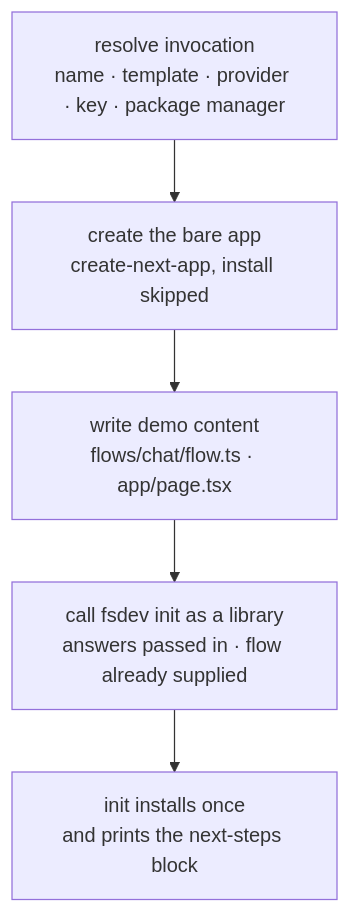
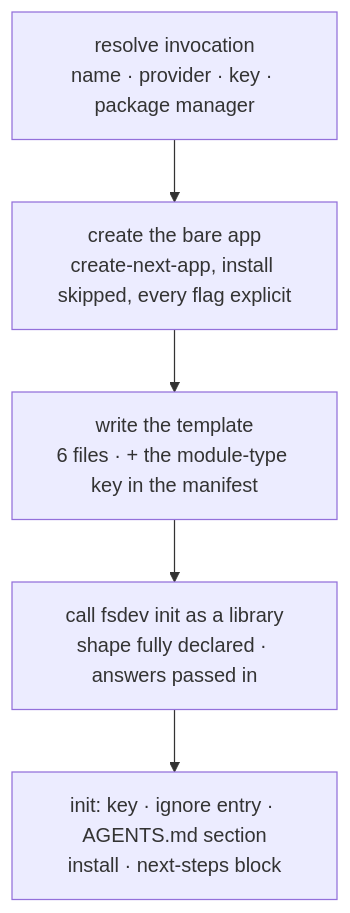
One commit to fixpoint-labs/flow-state-dev changed the diagram in spec/FIX-548.md. Above: the diagram before and after it, drawn with Mermaid. The commit also changed other lines of this file and 2 other files, not shown here.

First line of the commit message:
spec(FIX-548): re-draft — `create-flow-state`, one template, owns it end to end

````diff
--- a/spec/FIX-548.md
+++ b/spec/FIX-548.md
@@ -257,7 +304,7 @@
 ```mermaid
 flowchart TB
-  A[resolve invocation<br/>name · template · provider · key · package manager] --> B[create the bare app<br/>create-next-app, install skipped]
-  B --> C[write demo content<br/>flows/chat/flow.ts · app/page.tsx]
-  C --> D[call fsdev init as a library<br/>answers passed in · flow already supplied]
-  D --> E[init installs once<br/>and prints the next-steps block]
+  A[resolve invocation<br/>name · provider · key · package manager] --> B[create the bare app<br/>create-next-app, install skipped, every flag explicit]
+  B --> C[write the template<br/>6 files · + the module-type key in the manifest]
+  C --> D[call fsdev init as a library<br/>shape fully declared · answers passed in]
+  D --> E[init: key · ignore entry · AGENTS.md section<br/>install · next-steps block]
 ```
````
